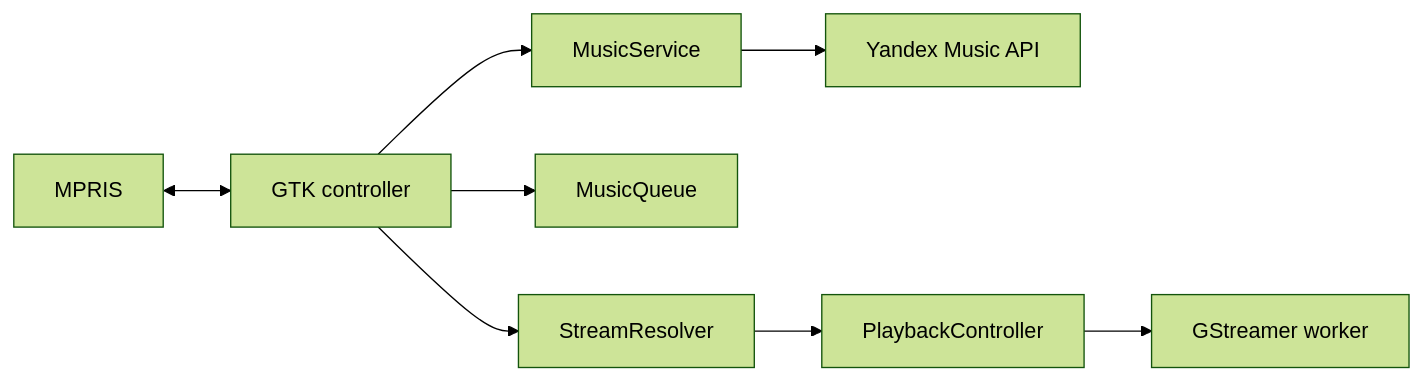
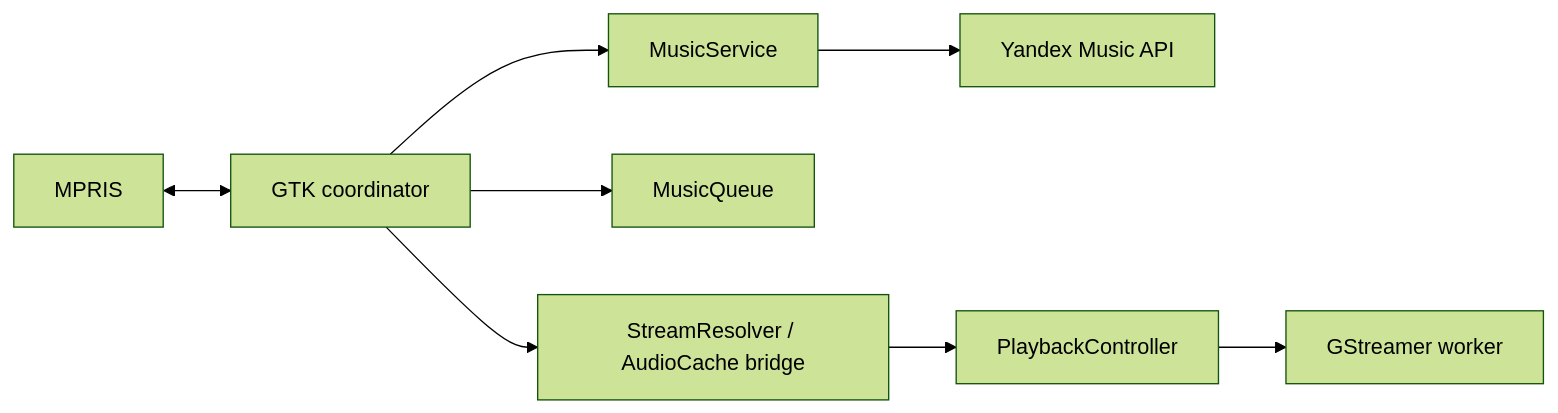
One commit to tracerxbrhd/karin changed the diagram in docs/ARCHITECTURE.md. Above: the diagram before and after it, drawn with Mermaid (forest theme). The commit also changed other lines of this file and 55 other files, not shown here.

````diff
--- a/docs/ARCHITECTURE.md
+++ b/docs/ARCHITECTURE.md
@@ -8,10 +9,10 @@
 ```mermaid
 flowchart LR
-    UI[GTK controller] --> Service[MusicService]
+    UI[GTK coordinator] --> Service[MusicService]
     Service --> API[Yandex Music API]
     UI --> Queue[MusicQueue]
-    UI --> Resolver[StreamResolver]
+    UI --> Resolver[StreamResolver / AudioCache bridge]
     Resolver --> Player[PlaybackController]
     Player --> GST[GStreamer worker]
     Desktop[MPRIS] <--> UI
 ```
````
